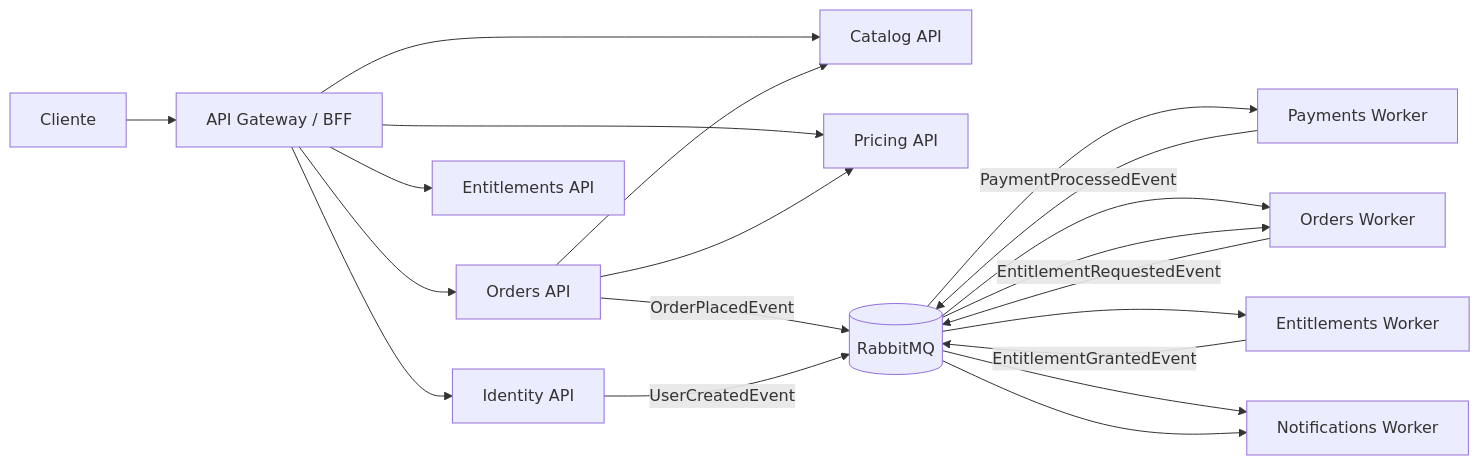
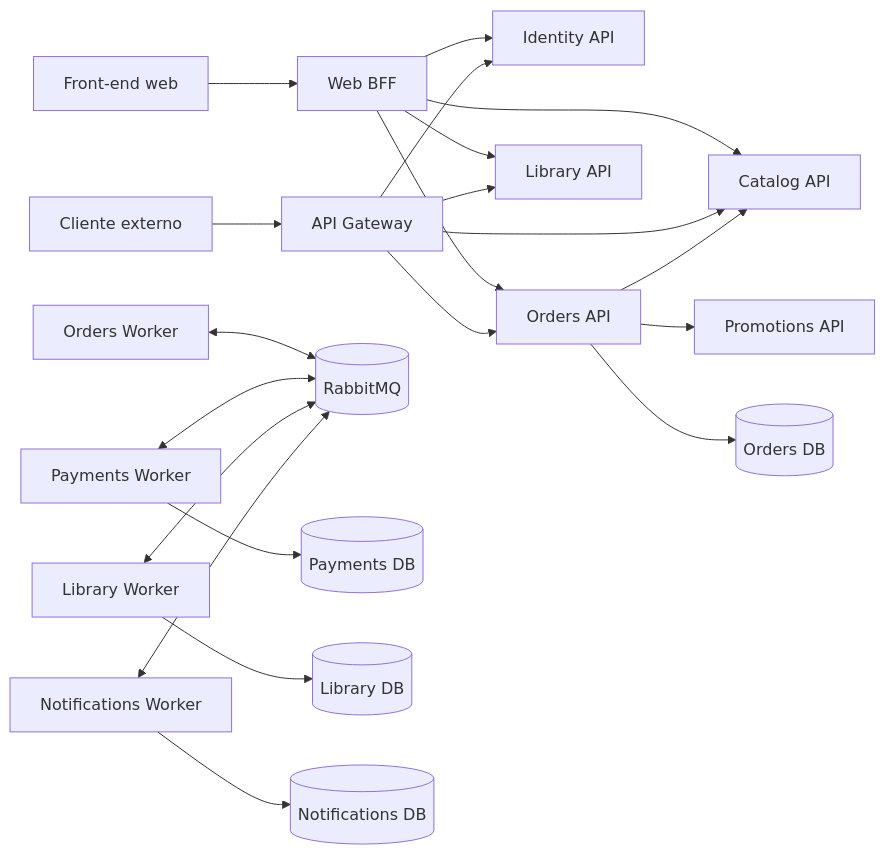
The first of 2 diagrams in docs/architecture/target-microservices.md (MarinsPedro/fcg-dotnet-building-blocks), drawn with Mermaid before and after one commit. The commit also changed other lines of this file and 5 other files, not shown here.

Commit message:
docs-align-final-architecture-scope

````diff
--- a/docs/architecture/target-microservices.md
+++ b/docs/architecture/target-microservices.md
@@ -29,26 +51,27 @@
 ```mermaid
 flowchart LR
-    Client[Cliente] --> Gateway[API Gateway / BFF]
+    Web[Front-end web] --> BFF[Web BFF]
+    External[Cliente externo] --> Gateway[API Gateway]
 
-    Gateway --> Identity[Identity API]
-    Gateway --> Catalog[Catalog API]
-    Gateway --> Pricing[Pricing API]
-    Gateway --> Orders[Orders API]
-    Gateway --> Entitlements[Entitlements API]
+    BFF --> Identity[Identity API]
+    Gateway --> Identity
+    BFF --> Catalog[Catalog API]
+    Gateway --> Catalog
+    BFF --> Orders[Orders API]
+    Gateway --> Orders
+    BFF --> Library[Library API]
+    Gateway --> Library
 
     Orders --> Catalog
-    Orders --> Pricing
+    Orders --> Promotions[Promotions API]
 
-    Orders -- OrderPlacedEvent --> Broker[(RabbitMQ)]
-    Broker --> Payments[Payments Worker]
-    Payments -- PaymentProcessedEvent --> Broker
-    Broker --> OrdersWorker[Orders Worker]
-    OrdersWorker -- EntitlementRequestedEvent --> Broker
-    Broker --> EntitlementsWorker[Entitlements Worker]
-    EntitlementsWorker -- EntitlementGrantedEvent --> Broker
-    Broker --> OrdersWorker
+    OrdersWorker[Orders Worker] <--> Broker[(RabbitMQ)]
+    PaymentsWorker[Payments Worker] <--> Broker
+    LibraryWorker[Library Worker] <--> Broker
+    NotificationsWorker[Notifications Worker] <--> Broker
 
-    Identity -- UserCreatedEvent --> Broker
-    Broker --> Notifications[Notifications Worker]
-    Broker --> Notifications
+    Orders --> OrdersDb[(Orders DB)]
+    PaymentsWorker --> PaymentsDb[(Payments DB)]
+    LibraryWorker --> LibraryDb[(Library DB)]
+    NotificationsWorker --> NotificationsDb[(Notifications DB)]
 ```
````
